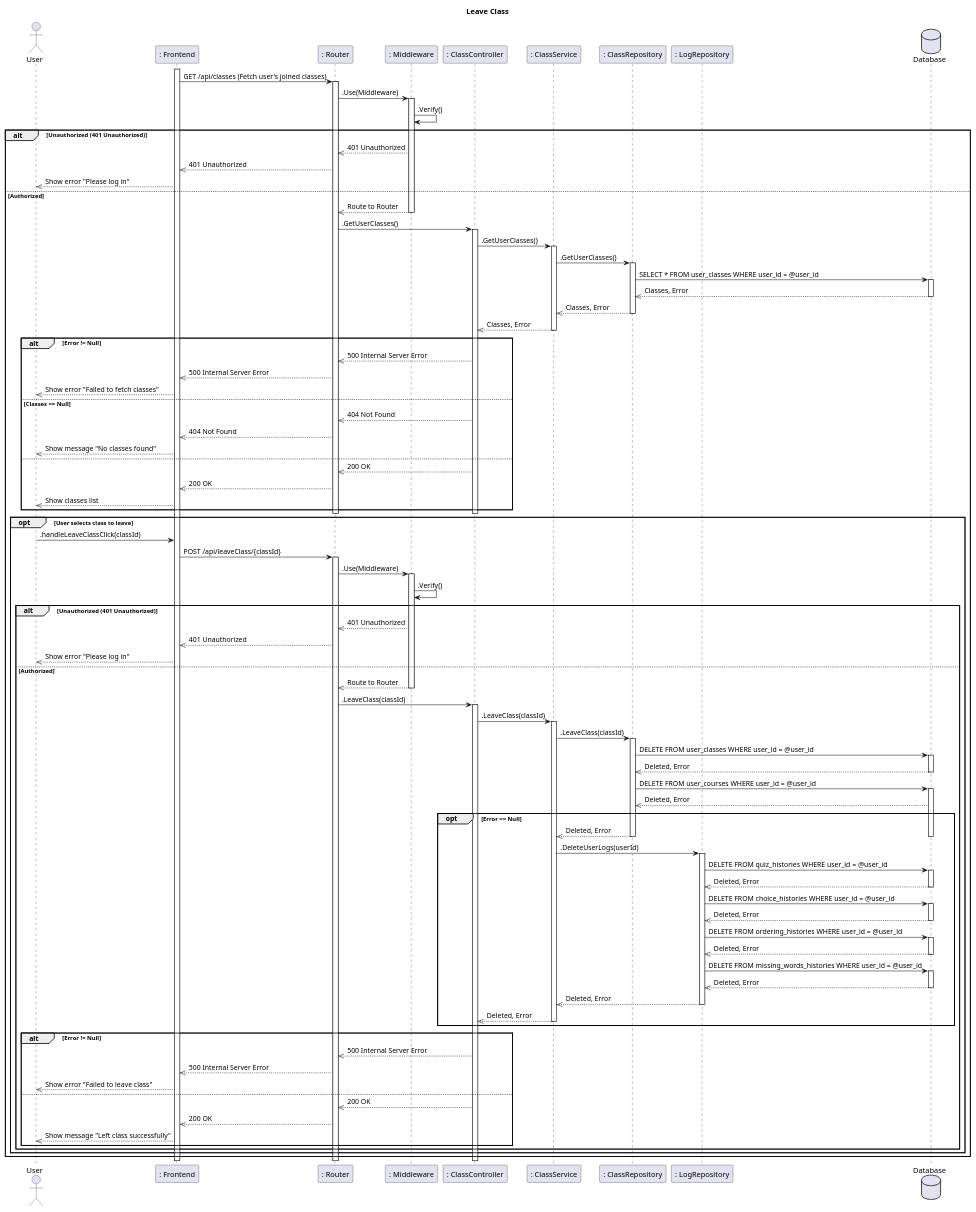
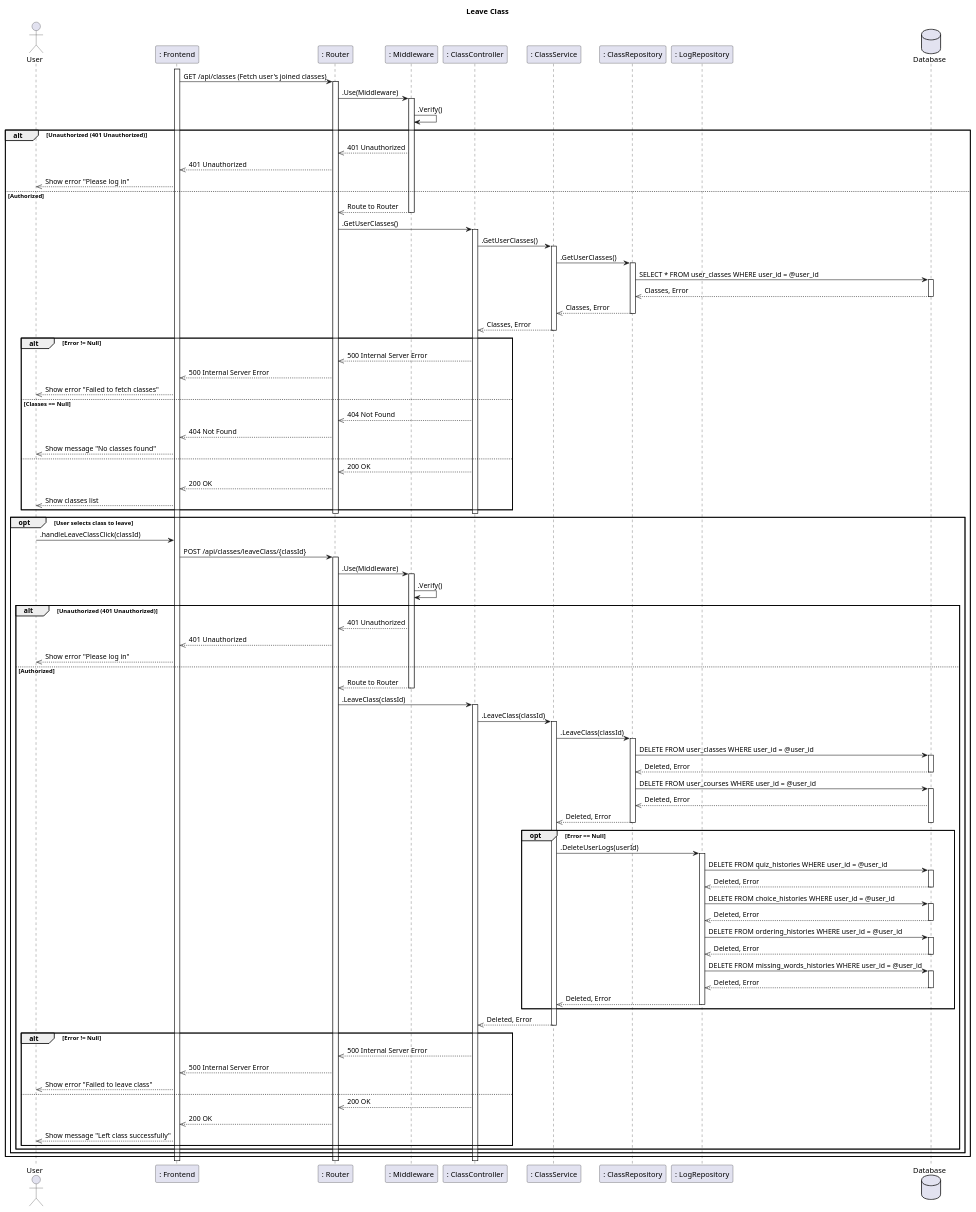
Before and after one commit to CS371-Project-Management/CS371-Sequence-Diagram: the diagram in SD-Leave-Class.puml, drawn with PlantUML. The commit also changed 2 other files, not shown here.

Commit message:
feat: update sequence diagrams for leaving class and deleting member with improved API routes and error handling; add create course sequence diagram

```diff
--- a/SD-Leave-Class.puml
+++ b/SD-Leave-Class.puml
@@ -1,130 +1,129 @@
 @startuml
 title Leave Class
 
 actor User
 participant ": Frontend" as Frontend
 participant ": Router" as Router
 participant ": Middleware" as Middleware
 participant ": ClassController" as ClassController
 participant ": ClassService" as ClassService
 participant ": ClassRepository" as ClassRepository
 
 participant ": LogRepository" as LogRepository
 
 database Database
 
 activate Frontend
 
 Frontend -> Router: GET /api/classes (Fetch user's joined classes)
 activate Router
 
 Router -> Middleware: .Use(Middleware)
 activate Middleware
 Middleware -> Middleware : .Verify()
 alt Unauthorized (401 Unauthorized)
   Middleware -->> Router: 401 Unauthorized
   Router -->> Frontend: 401 Unauthorized
   Frontend -->> User: Show error "Please log in"
 else Authorized
   Middleware -->> Router: Route to Router
   deactivate Middleware
   Router -> ClassController: .GetUserClasses()
   activate ClassController
   ClassController -> ClassService: .GetUserClasses()
   activate ClassService
   ClassService -> ClassRepository: .GetUserClasses()
   activate ClassRepository
   ClassRepository -> Database: SELECT * FROM user_classes WHERE user_id = @user_id
   activate Database
   Database -->> ClassRepository: Classes, Error
   deactivate Database
   ClassRepository -->> ClassService: Classes, Error
   deactivate ClassRepository
   ClassService -->> ClassController: Classes, Error
   deactivate ClassService
   alt Error != Null
     ClassController -->> Router: 500 Internal Server Error
     Router -->> Frontend: 500 Internal Server Error
     Frontend -->> User: Show error "Failed to fetch classes"
   else Classes == Null
     ClassController -->> Router: 404 Not Found
     Router -->> Frontend: 404 Not Found
     Frontend -->> User: Show message "No classes found"
   else
     ClassController -->> Router: 200 OK
     Router -->> Frontend: 200 OK
     Frontend -->> User: Show classes list
   end
   deactivate ClassController
   deactivate Router
 
   opt User selects class to leave
     User -> Frontend: .handleLeaveClassClick(classId)
-    Frontend -> Router: POST /api/leaveClass/{classId}
+    Frontend -> Router: POST /api/classes/leaveClass/{classId}
     activate Router
 
     Router -> Middleware: .Use(Middleware)
     activate Middleware
     Middleware -> Middleware : .Verify()
     alt Unauthorized (401 Unauthorized)
       Middleware -->> Router: 401 Unauthorized
       Router -->> Frontend: 401 Unauthorized
       Frontend -->> User: Show error "Please log in"
     else Authorized
       Middleware -->> Router: Route to Router
       deactivate Middleware
       Router -> ClassController: .LeaveClass(classId)
       activate ClassController
       ClassController -> ClassService: .LeaveClass(classId)
       activate ClassService
       ClassService -> ClassRepository: .LeaveClass(classId)
       activate ClassRepository
       ClassRepository -> Database: DELETE FROM user_classes WHERE user_id = @user_id
       activate Database
       Database -->> ClassRepository : Deleted, Error
       deactivate Database
       ClassRepository -> Database: DELETE FROM user_courses WHERE user_id = @user_id
       activate Database
       Database -->> ClassRepository : Deleted, Error
-
+      ClassRepository -->> ClassService : Deleted, Error
       opt Error == Null
-        ClassRepository -->> ClassService : Deleted, Error
         deactivate Database
         deactivate ClassRepository
 
         ClassService -> LogRepository: .DeleteUserLogs(userId)
         activate LogRepository
         LogRepository -> Database: DELETE FROM quiz_histories WHERE user_id = @user_id
         activate Database
         Database -->> LogRepository : Deleted, Error
         deactivate Database
         LogRepository -> Database: DELETE FROM choice_histories WHERE user_id = @user_id
         activate Database
         Database -->> LogRepository : Deleted, Error
         deactivate Database
         LogRepository -> Database: DELETE FROM ordering_histories WHERE user_id = @user_id
         activate Database
         Database -->> LogRepository : Deleted, Error
         deactivate Database
         LogRepository -> Database: DELETE FROM missing_words_histories WHERE user_id = @user_id
         activate Database
         Database -->> LogRepository : Deleted, Error
         deactivate Database
         LogRepository -->> ClassService : Deleted, Error
         deactivate LogRepository
-        ClassService -->> ClassController : Deleted, Error
-        deactivate ClassService
       end
+      ClassService -->> ClassController : Deleted, Error
+      deactivate ClassService
       alt Error != Null
         ClassController -->> Router: 500 Internal Server Error
         Router -->> Frontend: 500 Internal Server Error
         Frontend -->> User: Show error "Failed to leave class"
       else
         ClassController -->> Router: 200 OK
         Router -->> Frontend: 200 OK
         Frontend -->> User: Show message "Left class successfully"
       end
     end
   end
 end
 @enduml
```
